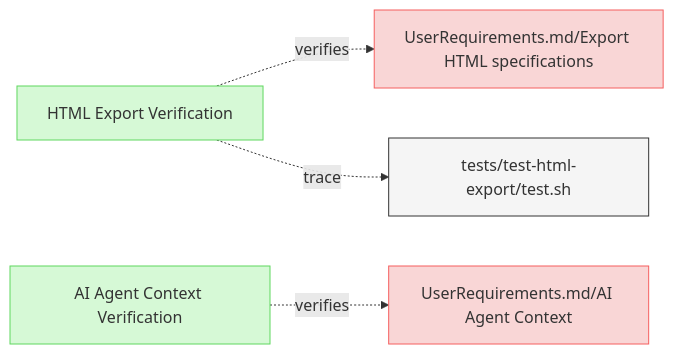
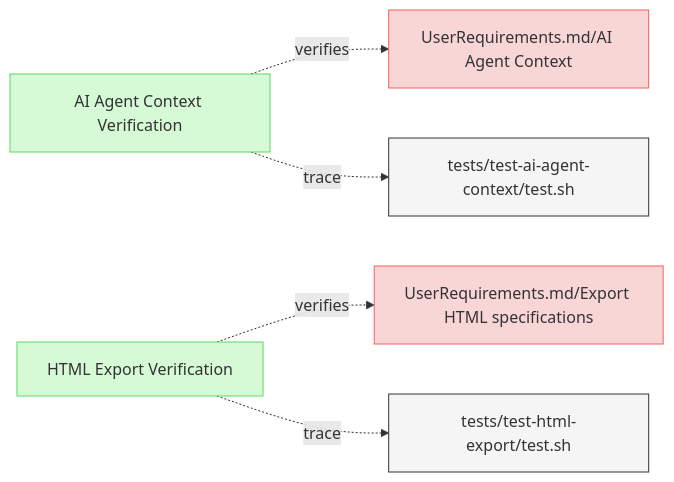
Before and after one commit to reqvire-org/reqvire: the diagram in specifications/Verifications/MiscVerifications.md, drawn with Mermaid. The commit also changed 14 other files, not shown here.

Commit message:
Diagram fixes

````diff
--- a/specifications/Verifications/MiscVerifications.md
+++ b/specifications/Verifications/MiscVerifications.md
@@ -6,28 +6,31 @@
 ```mermaid
 graph LR;
   %% Graph styling
   classDef requirement fill:#f9d6d6,stroke:#f55f5f,stroke-width:1px;
   classDef verification fill:#d6f9d6,stroke:#5fd75f,stroke-width:1px;
   classDef externalLink fill:#d0e0ff,stroke:#3080ff,stroke-width:1px;
   classDef default fill:#f5f5f5,stroke:#333333,stroke-width:1px;
 
-  html_export_verification["HTML Export Verification"];
-  click html_export_verification "MiscVerifications.md#html-export-verification";
-  class html_export_verification verification;
-  html_export_req["UserRequirements.md/Export HTML specifications"];
-  class html_export_req requirement;
-  click html_export_req "../UserRequirements.md#export-html-specifications";
-  html_export_verification -.->|verifies| html_export_req;
-  html_export_test["tests/test-html-export/test.sh"];
-  class html_export_test default;
-  click html_export_test "../../tests/test-html-export/test.sh";
-  html_export_verification -.->|trace| html_export_test;
-  
-  ai_context_verification["AI Agent Context Verification"];
-  click ai_context_verification "MiscVerifications.md#ai-agent-context-verification";
-  class ai_context_verification verification;
-  ai_context_req["UserRequirements.md/AI Agent Context"];
-  class ai_context_req requirement;
-  click ai_context_req "../UserRequirements.md#ai-agent-context";
-  ai_context_verification -.->|verifies| ai_context_req;
+  6bd2df9ca8d5cccd["AI Agent Context Verification"];
+  click 6bd2df9ca8d5cccd "MiscVerifications.md#ai-agent-context-verification";
+  class 6bd2df9ca8d5cccd verification;
+  5a6fc253c51845b6["UserRequirements.md/AI Agent Context"];
+  class 5a6fc253c51845b6 requirement;
+  click 5a6fc253c51845b6 "../UserRequirements.md#ai-agent-context";
+  6bd2df9ca8d5cccd -.->|verifies| 5a6fc253c51845b6;
+  24a5739f743c3d7b["tests/test-ai-agent-context/test.sh"];
+  class 24a5739f743c3d7b default;
+  click 24a5739f743c3d7b "../../tests/test-ai-agent-context/test.sh";
+  6bd2df9ca8d5cccd -.->|trace| 24a5739f743c3d7b;
+  b05794ec6e9b813a["HTML Export Verification"];
+  click b05794ec6e9b813a "MiscVerifications.md#html-export-verification";
+  class b05794ec6e9b813a verification;
+  72c7eda6183f0893["UserRequirements.md/Export HTML specifications"];
+  class 72c7eda6183f0893 requirement;
+  click 72c7eda6183f0893 "../UserRequirements.md#export-html-specifications";
+  b05794ec6e9b813a -.->|verifies| 72c7eda6183f0893;
+  7766b8055bc4c657["tests/test-html-export/test.sh"];
+  class 7766b8055bc4c657 default;
+  click 7766b8055bc4c657 "../../tests/test-html-export/test.sh";
+  b05794ec6e9b813a -.->|trace| 7766b8055bc4c657;
 ```
````
